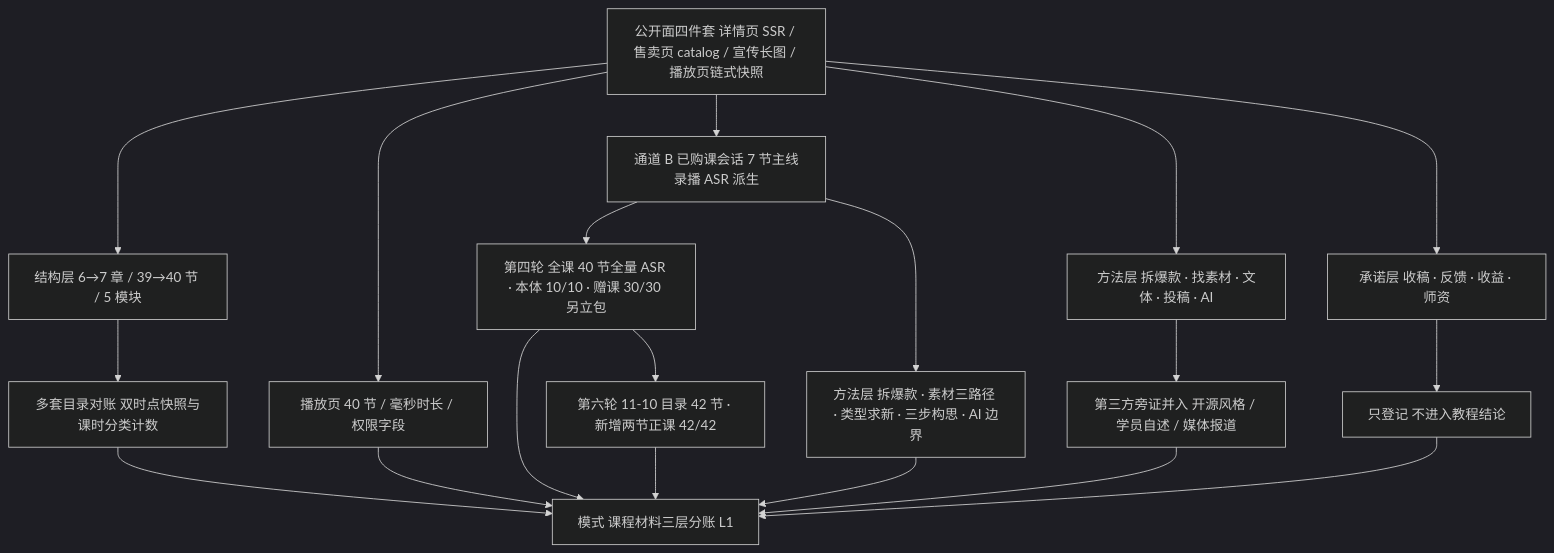
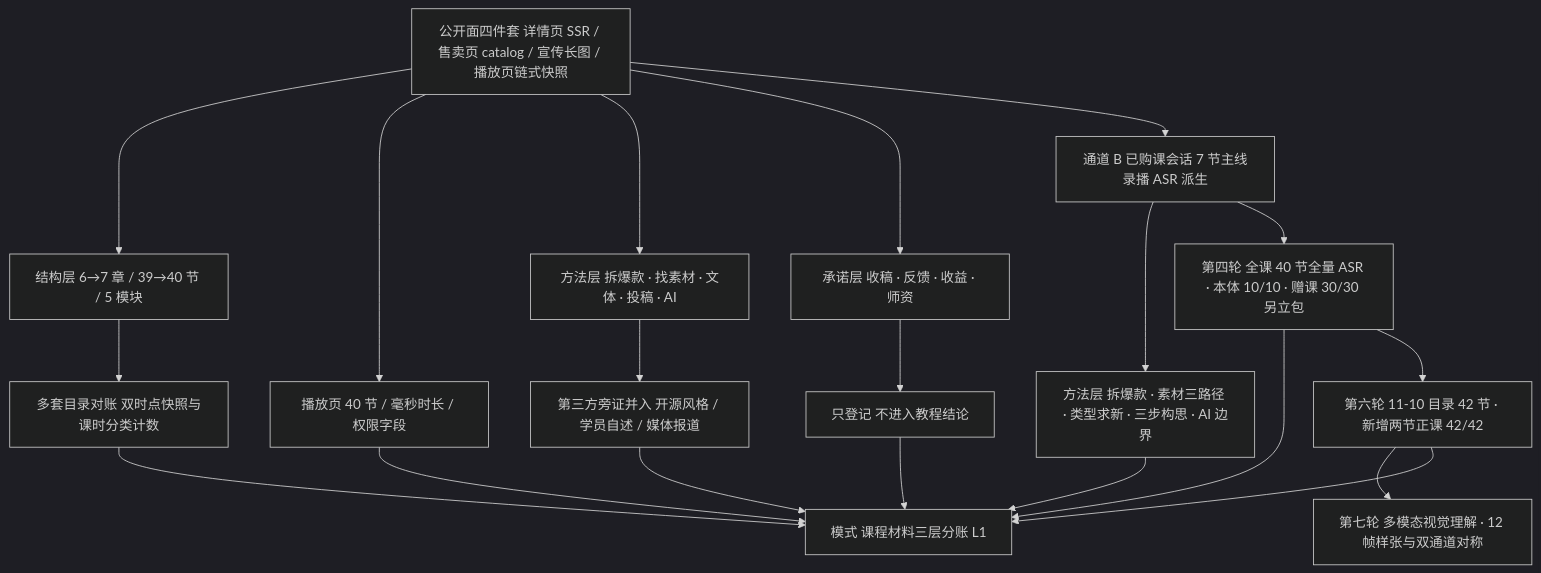
The diagram in doc/bundles/sheke/industry/short-story-writing-system/index.md (awesome-flexloop/awesome-okf), drawn with Mermaid (dark theme) before and after one commit. The commit also changed other lines of this file and 11 other files, not shown here.

````diff
--- a/doc/bundles/sheke/industry/short-story-writing-system/index.md
+++ b/doc/bundles/sheke/industry/short-story-writing-system/index.md
@@ -65,21 +65,22 @@
 ```mermaid
 flowchart TD
     A["公开面四件套 详情页 SSR / 售卖页 catalog / 宣传长图 / 播放页链式快照"] --> B["结构层 6→7 章 / 39→40 节 / 5 模块"]
     A --> I["播放页 40 节 / 毫秒时长 / 权限字段"]
     A --> C["方法层 拆爆款 · 找素材 · 文体 · 投稿 · AI"]
     A --> D["承诺层 收稿 · 反馈 · 收益 · 师资"]
     B --> E["多套目录对账 双时点快照与课时分类计数"]
     C --> F["第三方旁证并入 开源风格 / 学员自述 / 媒体报道"]
     D --> G["只登记 不进入教程结论"]
     E --> H["模式 课程材料三层分账 L1"]
     I --> H
     A --> J["通道 B 已购课会话 7 节主线录播 ASR 派生"]
     J --> K["方法层 拆爆款 · 素材三路径 · 类型求新 · 三步构思 · AI 边界"]
     J --> L["第四轮 全课 40 节全量 ASR · 本体 10/10 · 赠课 30/30 另立包"]
     L --> H
     L --> M["第六轮 11-10 目录 42 节 · 新增两节正课 42/42"]
+    M --> N["第七轮 多模态视觉理解 · 12 帧样张与双通道对称"]
     M --> H
     K --> H
     F --> H
     G --> H
 ```
````
